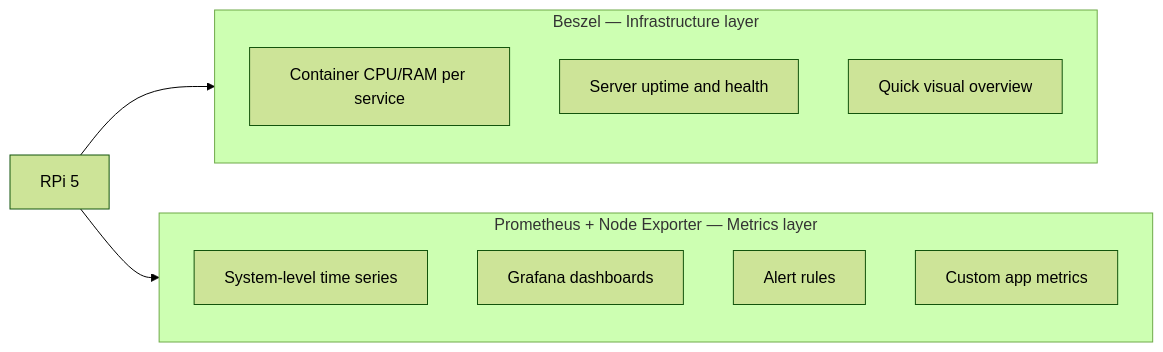
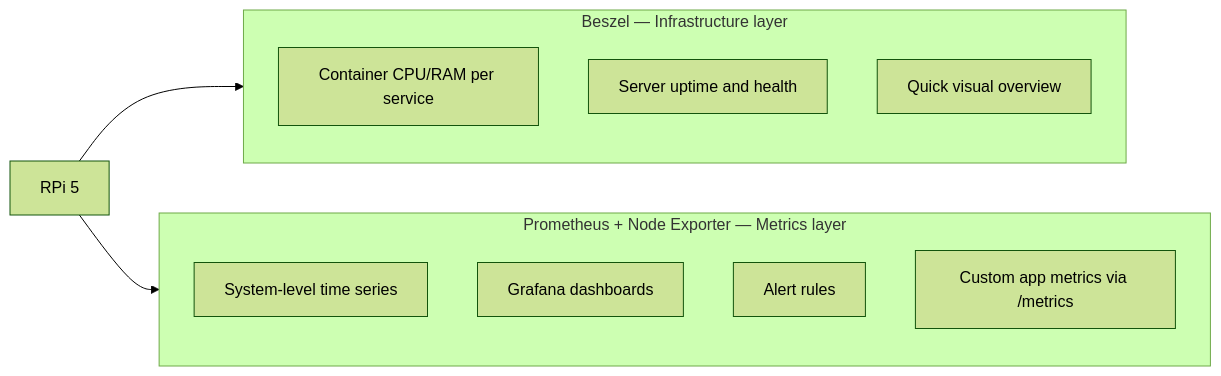
One commit to HuguitoH/Homelab changed the fifth of 6 diagrams in README.md. Above: the diagram before and after it, drawn with Mermaid (forest theme). The commit also changed other lines of this file, not shown here.

````diff
--- a/README.md
+++ b/README.md
@@ -205,18 +254,18 @@
 ```mermaid
 flowchart LR
     subgraph Beszel["Beszel — Infrastructure layer"]
         B1["Container CPU/RAM per service"]
         B2["Server uptime and health"]
         B3["Quick visual overview"]
     end
 
     subgraph Prom["Prometheus + Node Exporter — Metrics layer"]
         P1["System-level time series"]
         P2["Grafana dashboards"]
         P3["Alert rules"]
-        P4["Custom app metrics"]
+        P4["Custom app metrics via /metrics"]
     end
 
     RPi["RPi 5"] --> Beszel
     RPi --> Prom
 ```
````
